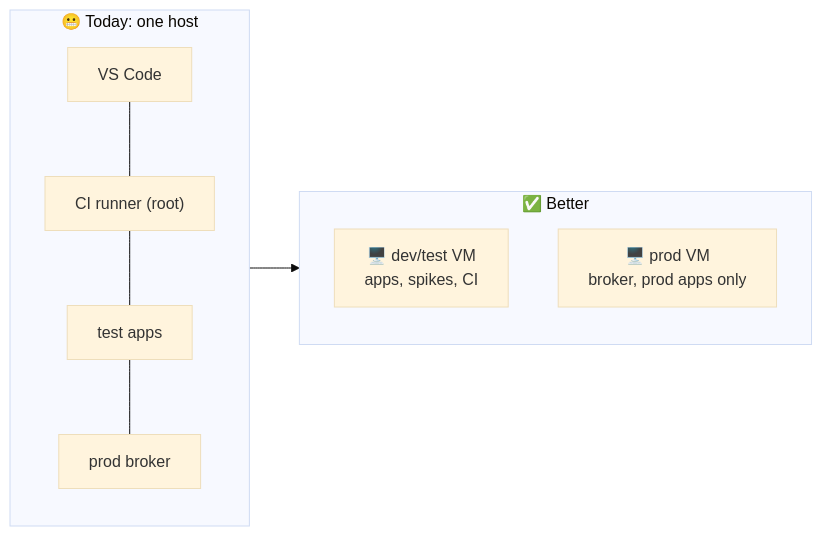
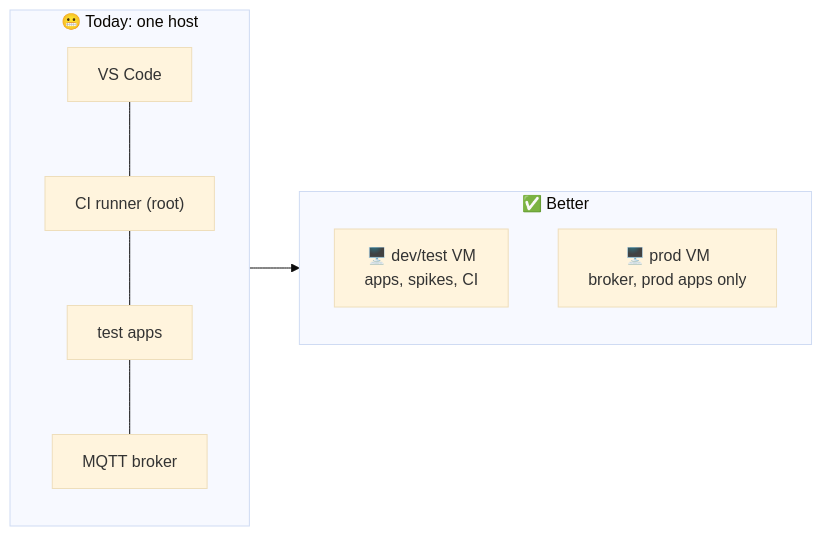
Before and after one commit to RyanM-Dev/My-Summery: the second of 2 diagrams in DevOps/Server Administration/0. Server Administration Learning Path.md, drawn with Mermaid (base theme). The commit also changed other lines of this file and 4 other files, not shown here.

````diff
--- a/DevOps/Server Administration/0. Server Administration Learning Path.md
+++ b/DevOps/Server Administration/0. Server Administration Learning Path.md
@@ -82,11 +86,11 @@
 ```mermaid
 flowchart LR
     subgraph Today["😬 Today: one host"]
-        A1["VS Code"] --- A2["CI runner (root)"] --- A3["test apps"] --- A4["prod broker"]
+        A1["VS Code"] --- A2["CI runner (root)"] --- A3["test apps"] --- A4["MQTT broker"]
     end
     subgraph Better["✅ Better"]
         B1["🖥️ dev/test VM<br/>apps, spikes, CI"]
         B2["🖥️ prod VM<br/>broker, prod apps only"]
     end
     Today --> Better
 ```
````
